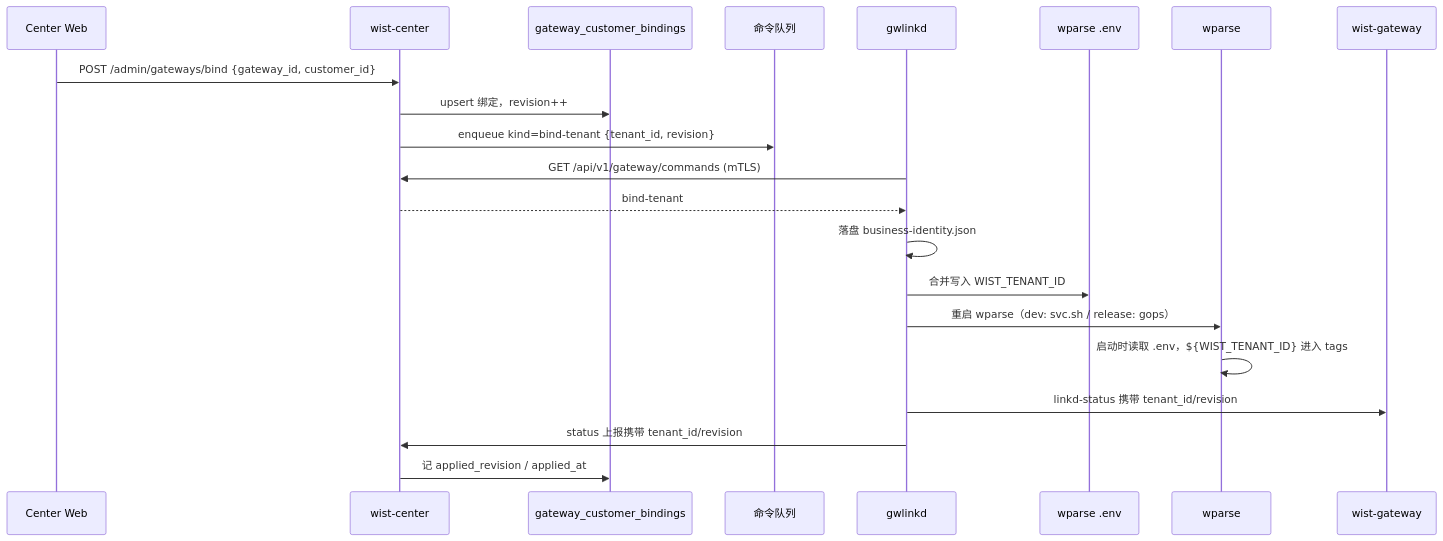
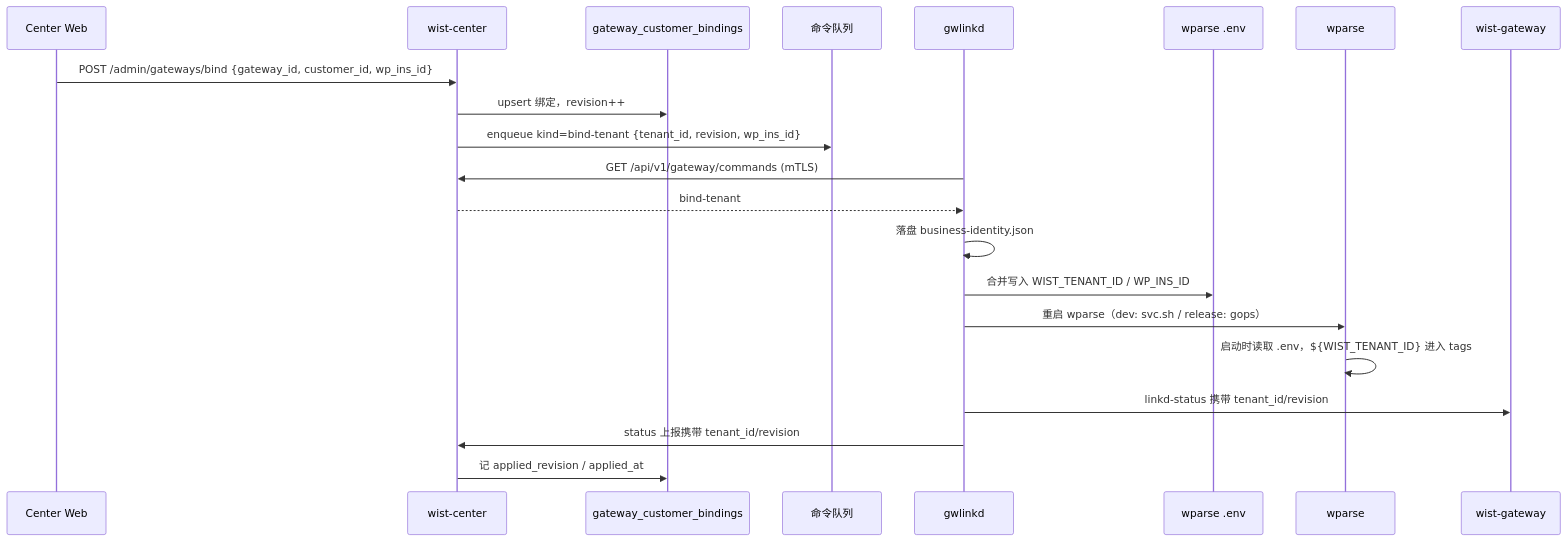
The diagram in doc/design/edge/gateway-business-identity.md (dayu-sec/wist-design), drawn with Mermaid before and after one commit. The commit also changed other lines of this file and 6 other files, not shown here.

````diff
--- a/doc/design/edge/gateway-business-identity.md
+++ b/doc/design/edge/gateway-business-identity.md
@@ -223,24 +223,24 @@
 ```mermaid
 sequenceDiagram
     participant Admin as Center Web
     participant C as wist-center
     participant DB as gateway_customer_bindings
     participant Q as 命令队列
     participant L as gwlinkd
     participant ENV as wparse .env
     participant W as wparse
     participant G as wist-gateway
 
-    Admin->>C: POST /admin/gateways/bind {gateway_id, customer_id}
+    Admin->>C: POST /admin/gateways/bind {gateway_id, customer_id, wp_ins_id}
     C->>DB: upsert 绑定，revision++
-    C->>Q: enqueue kind=bind-tenant {tenant_id, revision}
+    C->>Q: enqueue kind=bind-tenant {tenant_id, revision, wp_ins_id}
     L->>C: GET /api/v1/gateway/commands (mTLS)
     C-->>L: bind-tenant
     L->>L: 落盘 business-identity.json
-    L->>ENV: 合并写入 WIST_TENANT_ID
+    L->>ENV: 合并写入 WIST_TENANT_ID / WP_INS_ID
     L->>W: 重启 wparse（dev: svc.sh / release: gops）
     W->>W: 启动时读取 .env，${WIST_TENANT_ID} 进入 tags
     L->>G: linkd-status 携带 tenant_id/revision
     L->>C: status 上报携带 tenant_id/revision
     C->>DB: 记 applied_revision / applied_at
 ```
````
